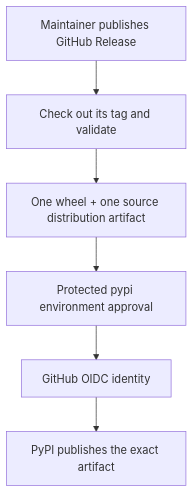
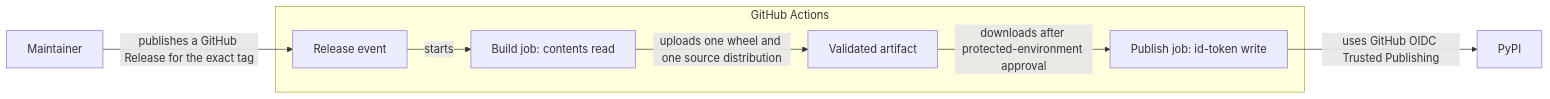
One commit to ZarrenSpryXplor/ai-engineering-guardrails changed the diagram in docs/releasing.md. Above: the diagram before and after it, drawn with Mermaid. The commit also changed other lines of this file and 13 other files, not shown here.

Commit message:
Apply diagramming skill to project.

````diff
--- a/docs/releasing.md
+++ b/docs/releasing.md
@@ -38,8 +40,10 @@
 ```mermaid
-flowchart TD
-  Release[Maintainer publishes GitHub Release] --> Build[Check out its tag and validate]
-  Build --> Artifact[One wheel + one source distribution artifact]
-  Artifact --> Approval[Protected pypi environment approval]
-  Approval --> OIDC[GitHub OIDC identity]
-  OIDC --> PyPI[PyPI publishes the exact artifact]
+flowchart LR
+  maintainer["Maintainer"] -->|publishes a GitHub Release for the exact tag| event["Release event"]
+  subgraph actions["GitHub Actions"]
+    event -->|starts| build["Build job: contents read"]
+    build -->|uploads one wheel and one source distribution| artifact["Validated artifact"]
+    artifact -->|downloads after protected-environment approval| publish["Publish job: id-token write"]
+  end
+  publish -->|uses GitHub OIDC Trusted Publishing| pypi["PyPI"]
 ```
````
